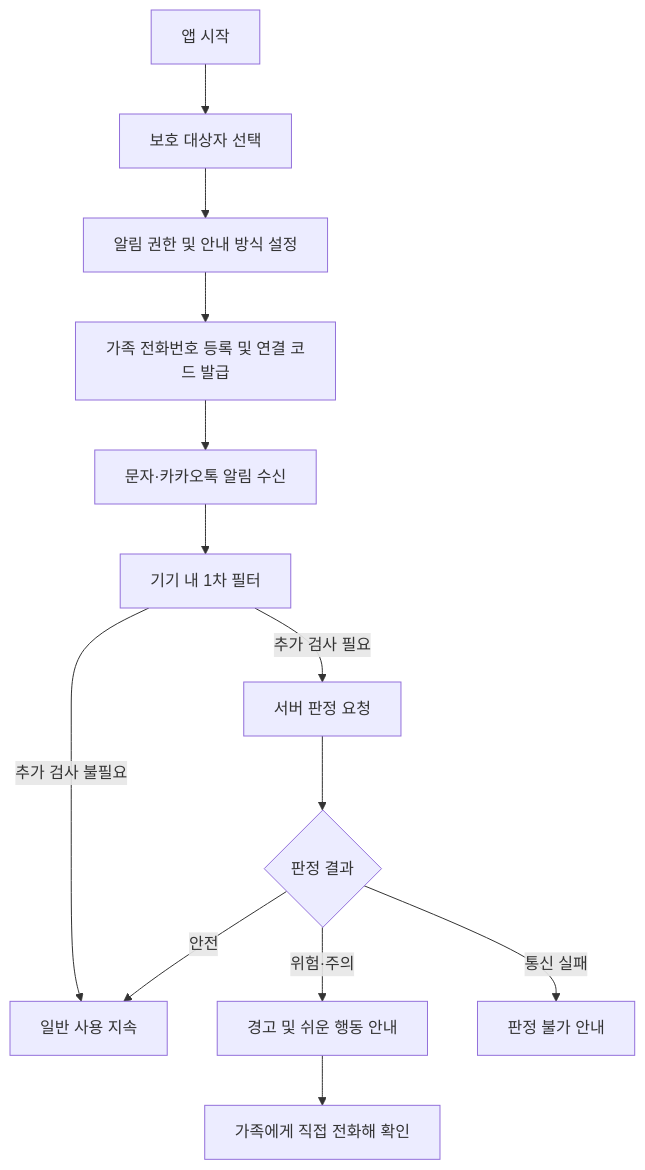
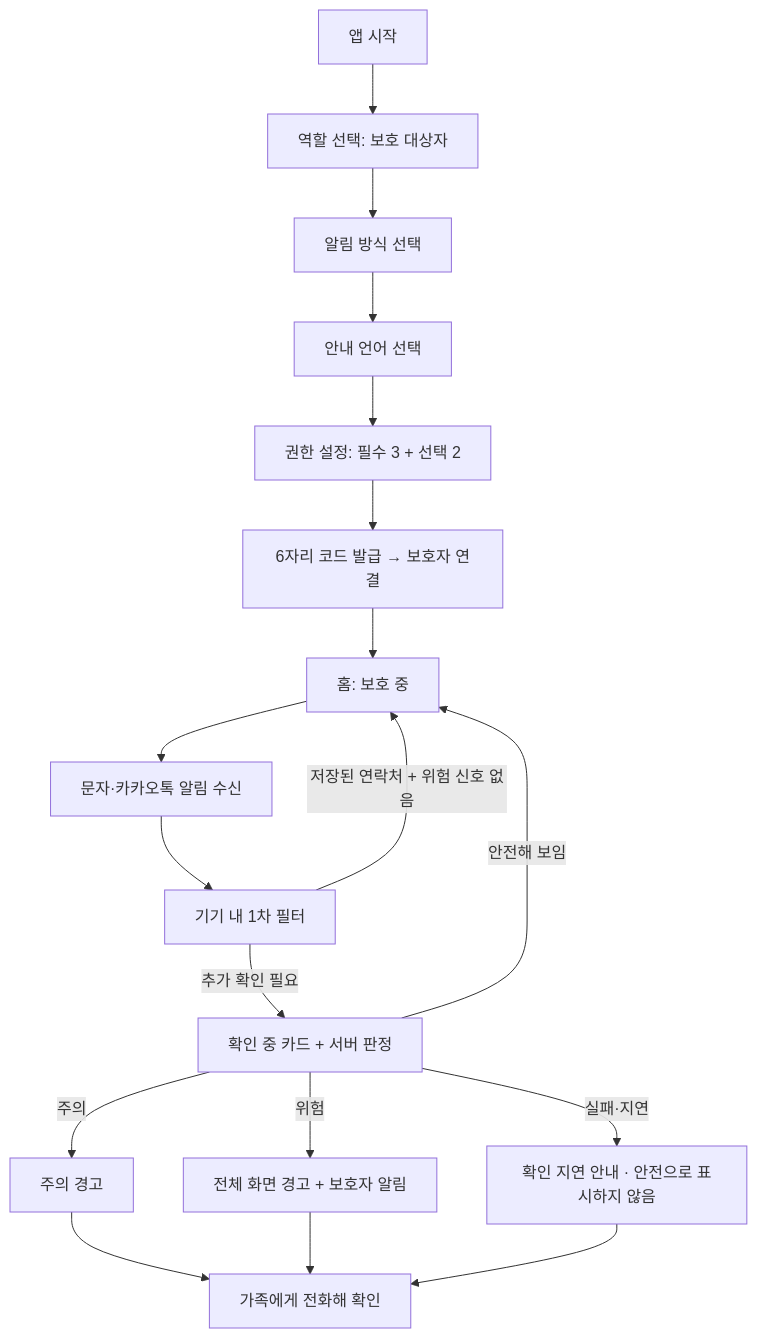
The first of 2 diagrams in frontend/README.md (musicgj311-byte/2026_hackathon_duksung), drawn with Mermaid before and after one commit. The commit also changed other lines of this file, not shown here.

````diff
--- a/frontend/README.md
+++ b/frontend/README.md
@@ -52,15 +53,20 @@
 ```mermaid
 flowchart TD
-    A[앱 시작] --> B[보호 대상자 선택]
-    B --> C[알림 권한 및 안내 방식 설정]
-    C --> D[가족 전화번호 등록 및 연결 코드 발급]
-    D --> E[문자·카카오톡 알림 수신]
-    E --> F[기기 내 1차 필터]
-    F -->|추가 검사 불필요| G[일반 사용 지속]
-    F -->|추가 검사 필요| H[서버 판정 요청]
-    H --> I{판정 결과}
-    I -->|안전| G
-    I -->|위험·주의| J[경고 및 쉬운 행동 안내]
-    I -->|통신 실패| K[판정 불가 안내]
-    J --> L[가족에게 직접 전화해 확인]
+    A[앱 시작] --> B[역할 선택: 보호 대상자]
+    B --> C[알림 방식 선택]
+    C --> D[안내 언어 선택]
+    D --> E[권한 설정: 필수 3 + 선택 2]
+    E --> F[6자리 코드 발급 → 보호자 연결]
+    F --> G[홈: 보호 중]
+    G --> H[문자·카카오톡 알림 수신]
+    H --> I[기기 내 1차 필터]
+    I -->|저장된 연락처 + 위험 신호 없음| G
+    I -->|추가 확인 필요| J[확인 중 카드 + 서버 판정]
+    J -->|안전해 보임| G
+    J -->|주의| K[주의 경고]
+    J -->|위험| L[전체 화면 경고 + 보호자 알림]
+    J -->|실패·지연| M[확인 지연 안내 · 안전으로 표시하지 않음]
+    K --> N[가족에게 전화해 확인]
+    L --> N
+    M --> N
 ```
````
